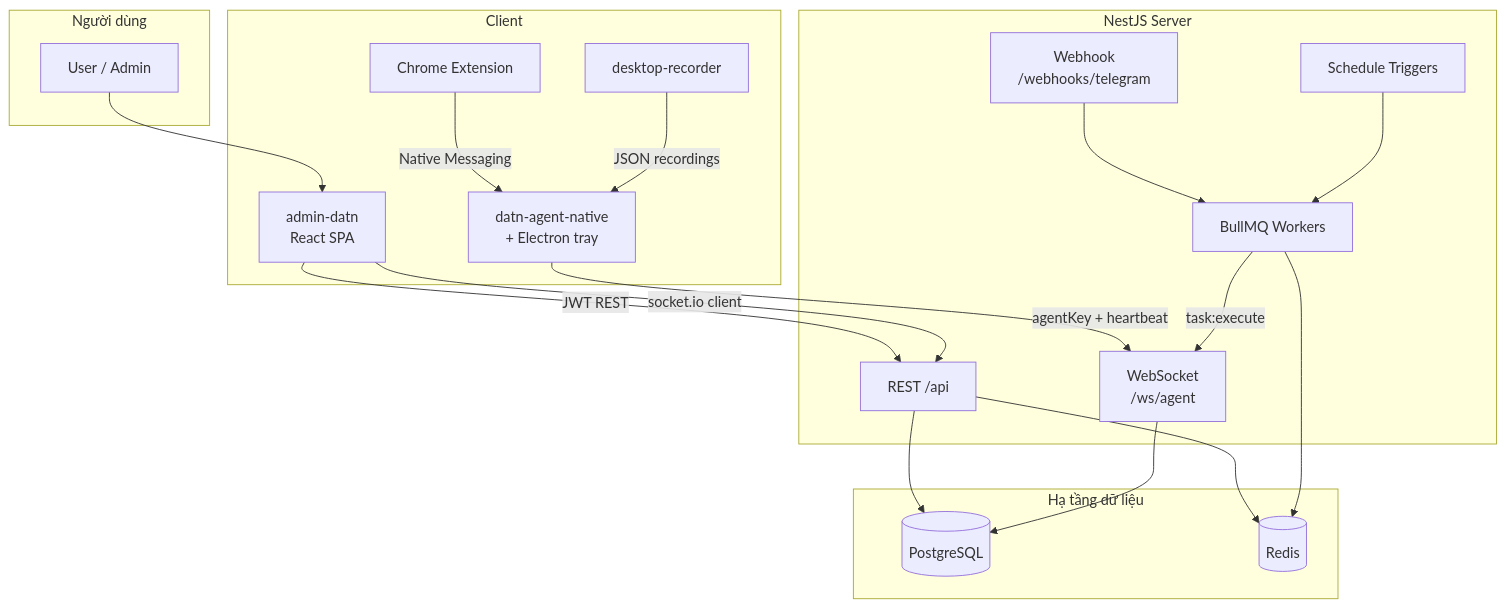
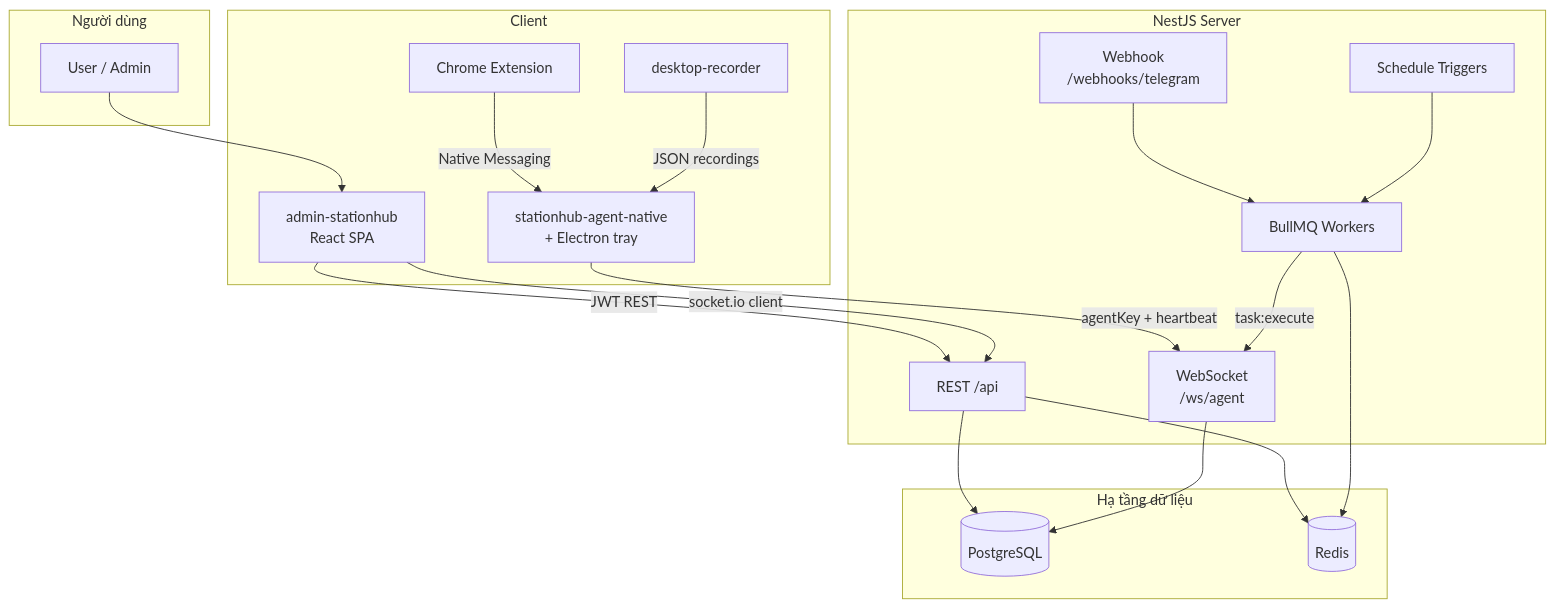
One commit to Daviseraaa/tdoan_remote_datn changed the third of 8 diagrams in README.md. Above: the diagram before and after it, drawn with Mermaid. The commit also changed other lines of this file and 376 other files, not shown here.

````diff
--- a/README.md
+++ b/README.md
@@ -398,40 +398,40 @@
 ```mermaid
 flowchart TB
   subgraph Users["Người dùng"]
     U[User / Admin]
   end
 
   subgraph Clients["Client"]
-    SPA["admin-datn<br/>React SPA"]
-    AG["datn-agent-native<br/>+ Electron tray"]
+    SPA["admin-stationhub<br/>React SPA"]
+    AG["stationhub-agent-native<br/>+ Electron tray"]
     EXT["Chrome Extension"]
     REC["desktop-recorder"]
   end
 
   subgraph Server["NestJS Server"]
     API["REST /api"]
     WS["WebSocket<br/>/ws/agent"]
     WH["Webhook<br/>/webhooks/telegram"]
     WRK["BullMQ Workers"]
     CRON["Schedule Triggers"]
   end
 
   subgraph Data["Hạ tầng dữ liệu"]
     PG[(PostgreSQL)]
     RD[(Redis)]
   end
 
   U --> SPA
   SPA -->|JWT REST| API
   SPA -->|socket.io client| API
   AG -->|agentKey + heartbeat| WS
   EXT -->|Native Messaging| AG
   REC -->|JSON recordings| AG
   WH --> WRK
   CRON --> WRK
   API --> PG
   API --> RD
   WS --> PG
   WRK --> RD
   WRK -->|task:execute| WS
 ```
````
